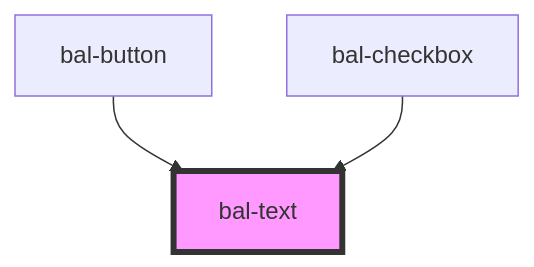
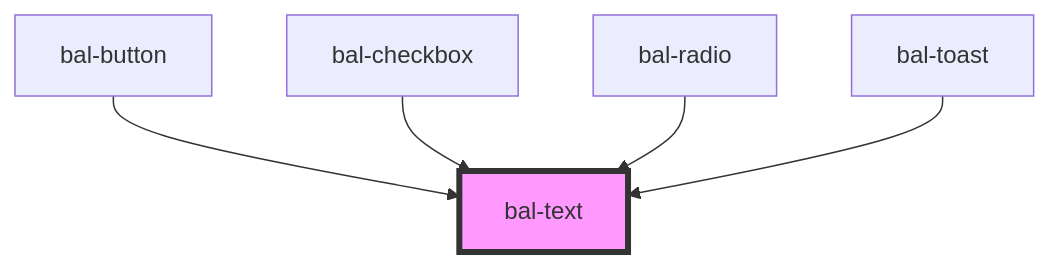
Before and after one commit to baloise/ui-library-next: the diagram in packages/library/src/components/bal-text/readme.md, drawn with Mermaid. The commit also changed other lines of this file and 11 other files, not shown here.

````diff
--- a/packages/library/src/components/bal-text/readme.md
+++ b/packages/library/src/components/bal-text/readme.md
@@ -16,6 +18,8 @@
 ```mermaid
 graph TD;
   bal-button --> bal-text
   bal-checkbox --> bal-text
+  bal-radio --> bal-text
+  bal-toast --> bal-text
   style bal-text fill:#f9f,stroke:#333,stroke-width:4px
 ```
````
